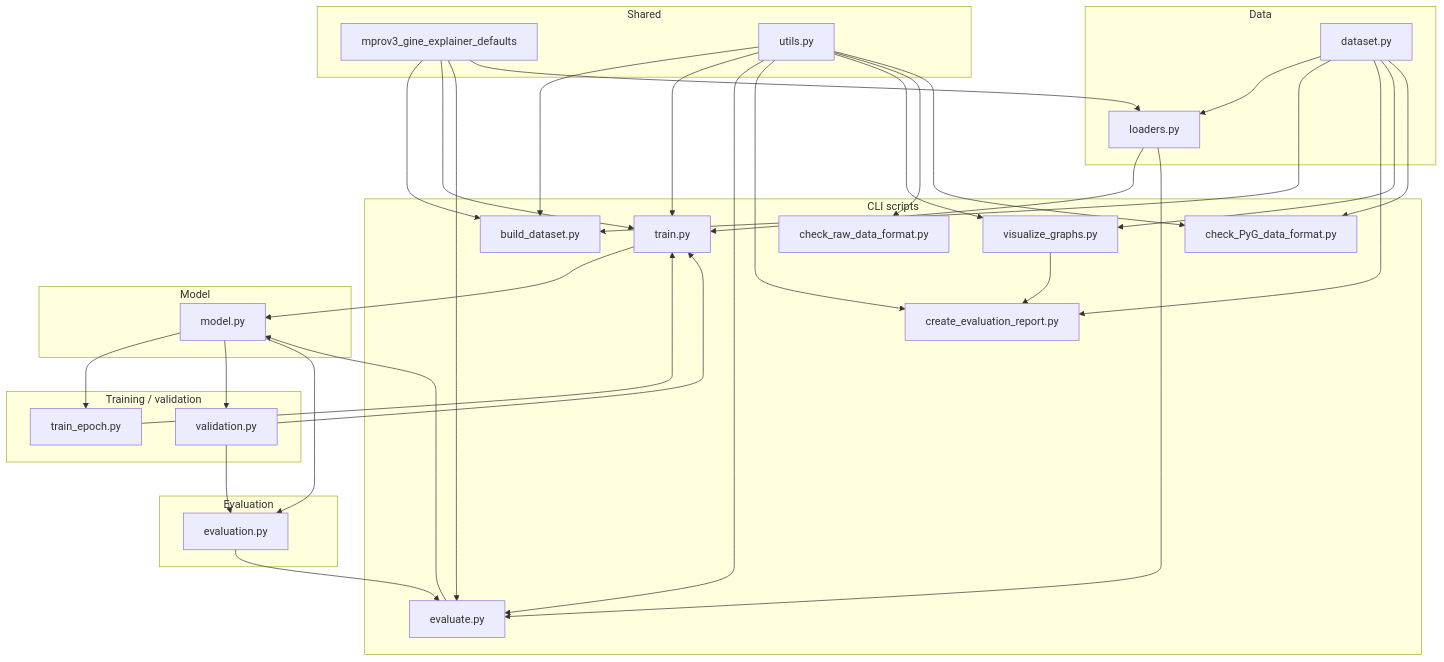
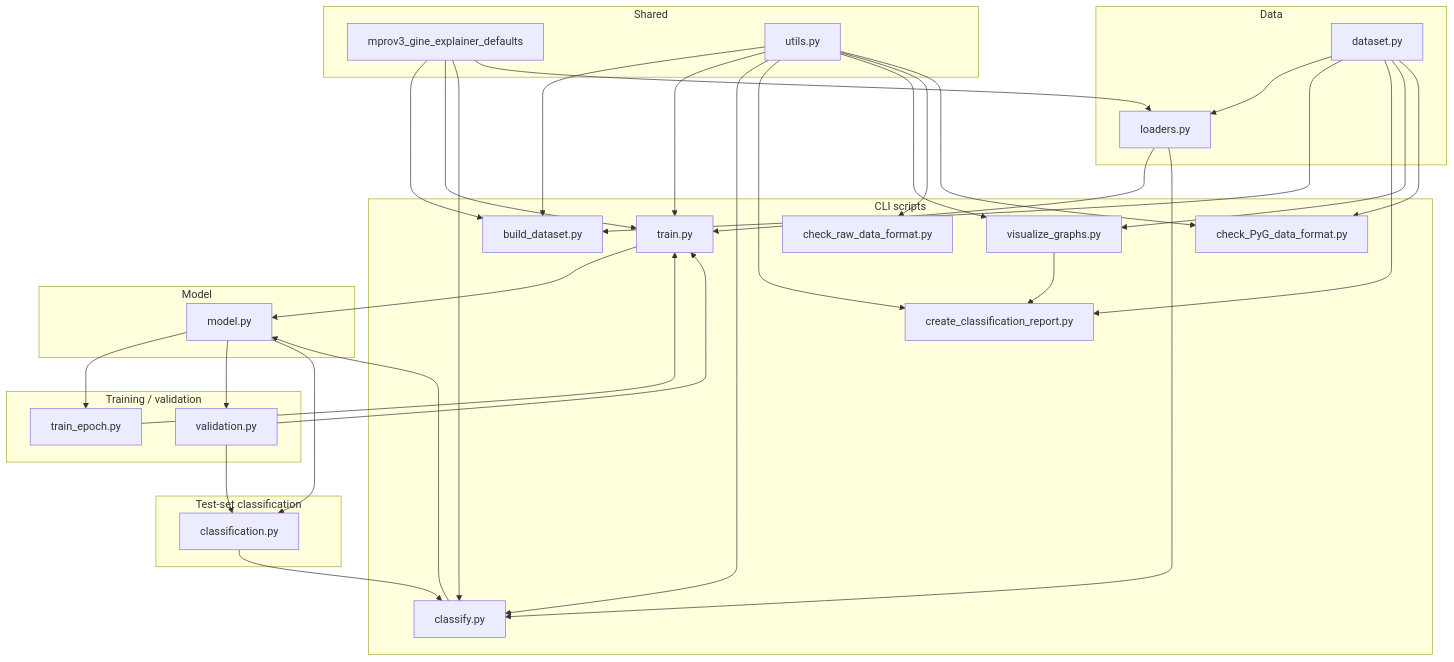
The second of 2 diagrams in mprov3_gine/README.md (mananoreboton/mrpov3_gine_explainers), drawn with Mermaid before and after one commit. The commit also changed other lines of this file and 19 other files, not shown here.

First line of the commit message:
Refactor classification and evaluation processes in mprov3_gine

````diff
--- a/mprov3_gine/README.md
+++ b/mprov3_gine/README.md
@@ -136,64 +136,64 @@
 ```mermaid
 flowchart TB
     subgraph cli [CLI scripts]
         BuildScript[build_dataset.py]
         TrainScript[train.py]
-        EvalScript[evaluate.py]
-        ReportScript[create_evaluation_report.py]
+        ClassifScript[classify.py]
+        ReportScript[create_classification_report.py]
         VizScript[visualize_graphs.py]
         CheckInScript[check_raw_data_format.py]
         CheckOutScript[check_PyG_data_format.py]
     end
 
     subgraph shared [Shared]
         Defaults[mprov3_gine_explainer_defaults]
         Utils[utils.py]
     end
 
     subgraph data_layer [Data]
         Dataset[dataset.py]
         Loaders[loaders.py]
     end
 
     subgraph model_layer [Model]
         Model[model.py]
     end
 
     subgraph train_logic [Training / validation]
         TrainEpoch[train_epoch.py]
         Validation[validation.py]
     end
 
-    subgraph eval_logic [Evaluation]
-        Evaluation[evaluation.py]
+    subgraph classif_logic [Test-set classification]
+        Classification[classification.py]
     end
 
     Defaults --> BuildScript
     Defaults --> TrainScript
-    Defaults --> EvalScript
+    Defaults --> ClassifScript
     Defaults --> Loaders
     Utils --> BuildScript
     Utils --> TrainScript
-    Utils --> EvalScript
+    Utils --> ClassifScript
     Utils --> ReportScript
     Utils --> VizScript
     Utils --> CheckInScript
     Utils --> CheckOutScript
     TrainScript --> Model
-    EvalScript --> Model
+    ClassifScript --> Model
     Dataset --> Loaders
     Dataset --> BuildScript
     Loaders --> TrainScript
-    Loaders --> EvalScript
+    Loaders --> ClassifScript
     Model --> TrainEpoch
     Model --> Validation
-    Model --> Evaluation
+    Model --> Classification
     TrainEpoch --> TrainScript
     Validation --> TrainScript
-    Validation --> Evaluation
-    Evaluation --> EvalScript
+    Validation --> Classification
+    Classification --> ClassifScript
     Dataset --> ReportScript
     Dataset --> VizScript
     VizScript --> ReportScript
     Dataset --> CheckOutScript
 ```
````
